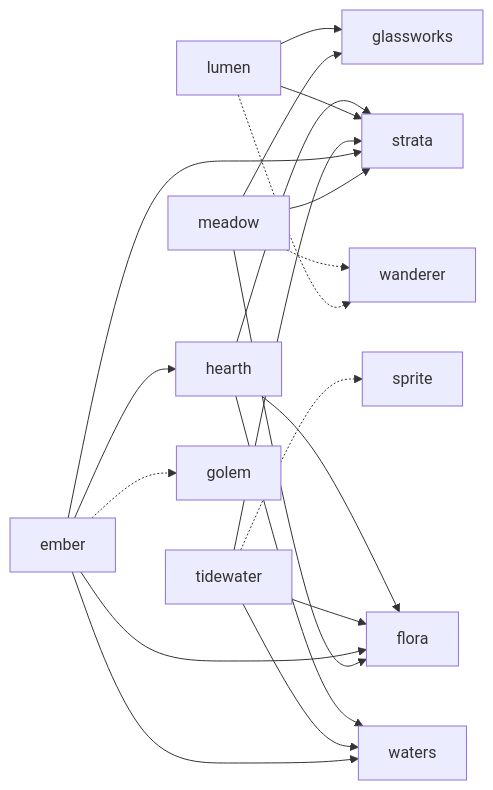
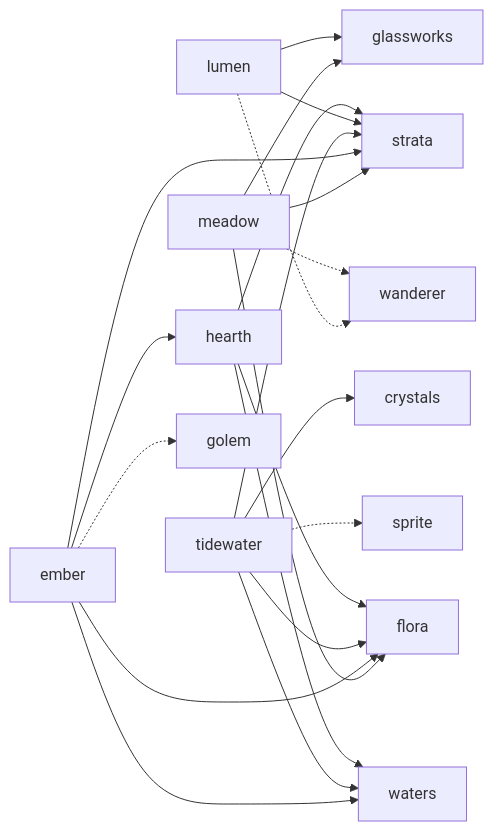
One commit to mkappworks-dev/tesserae changed the diagram in docs/demo-games.md. Above: the diagram before and after it, drawn with Mermaid. The commit also changed other lines of this file and 9 other files, not shown here.

````diff
--- a/docs/demo-games.md
+++ b/docs/demo-games.md
@@ -55,22 +55,23 @@
 ```mermaid
 graph LR
   meadow --> strata
   meadow --> flora
   meadow --> glassworks
   ember --> strata
   ember --> waters
   ember --> flora
   ember --> hearth
   tidewater --> strata
   tidewater --> waters
   tidewater --> flora
+  tidewater --> crystals
   lumen --> strata
   lumen --> glassworks
   lumen -.-> wanderer
   meadow -.-> wanderer
   ember -.-> golem
   tidewater -.-> sprite
   hearth --> strata
   hearth --> waters
   hearth --> flora
 ```
````
